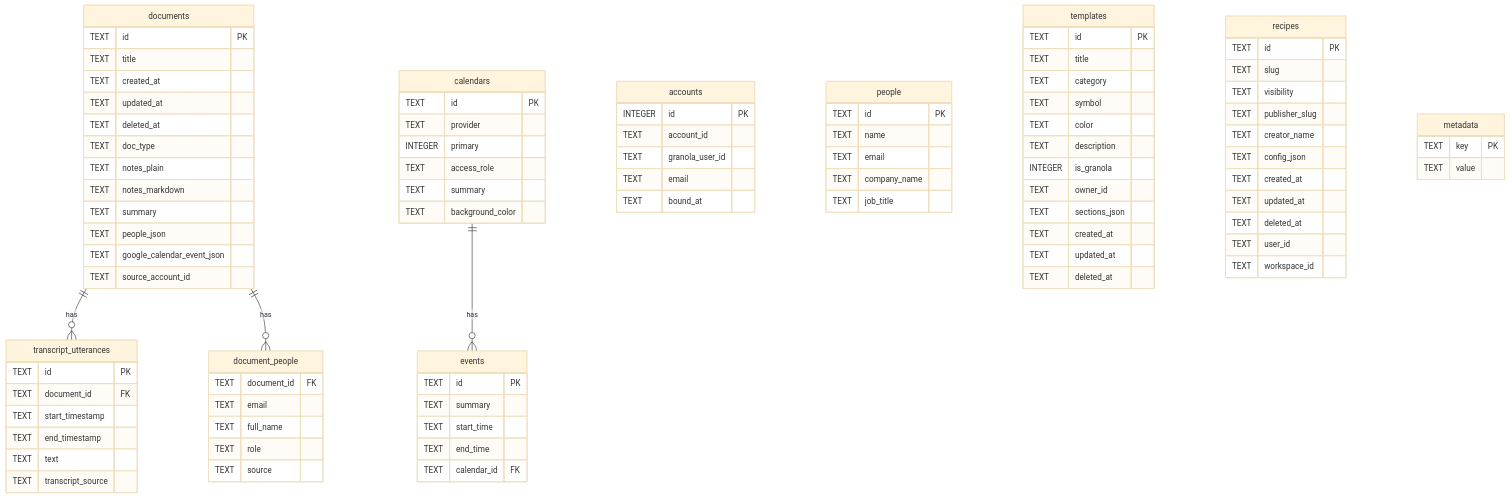
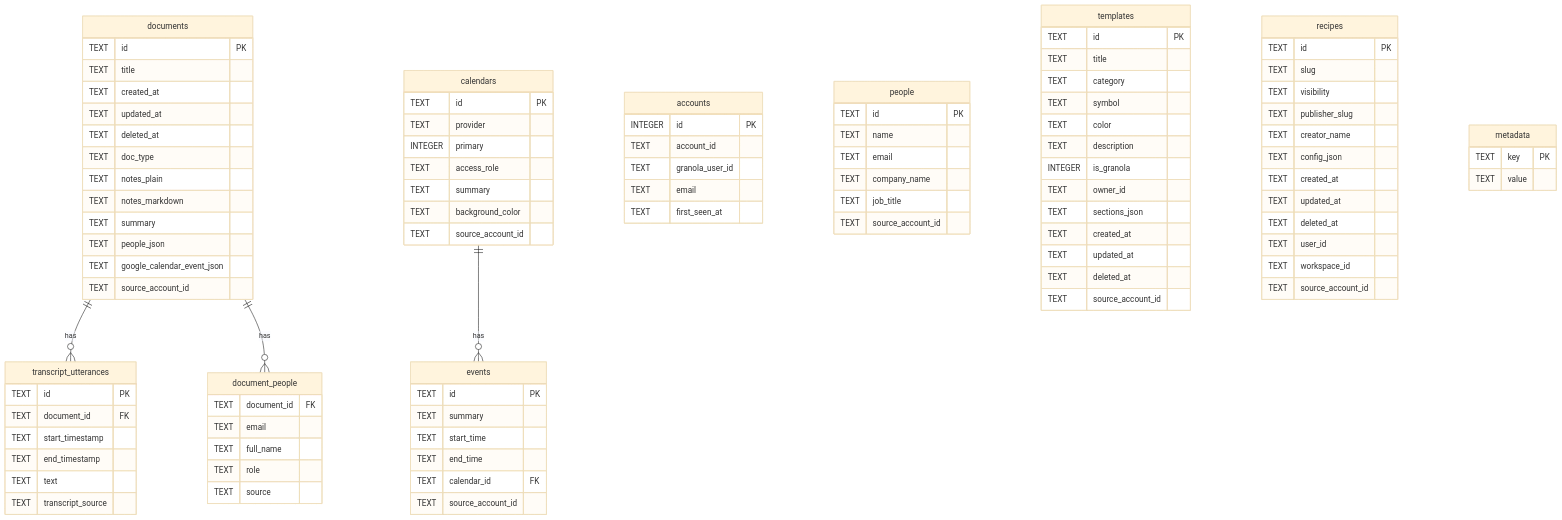
One commit to dmwyatt/granz changed the first of 2 diagrams in docs/database-schema.md. Above: the diagram before and after it, drawn with Mermaid (base theme). The commit also changed other lines of this file and 1 other file, not shown here.

```diff
--- a/docs/database-schema.md
+++ b/docs/database-schema.md
@@ -36,7 +36,7 @@
         TEXT account_id
         TEXT granola_user_id
         TEXT email
-        TEXT bound_at
+        TEXT first_seen_at
     }
 
     transcript_utterances {
@@ -62,6 +62,7 @@
         TEXT email
         TEXT company_name
         TEXT job_title
+        TEXT source_account_id
     }
 
     calendars {
@@ -71,6 +72,7 @@
         TEXT access_role
         TEXT summary
         TEXT background_color
+        TEXT source_account_id
     }
 
     events {
@@ -79,6 +81,7 @@
         TEXT start_time
         TEXT end_time
         TEXT calendar_id FK
+        TEXT source_account_id
     }
 
     templates {
@@ -94,6 +97,7 @@
         TEXT created_at
         TEXT updated_at
         TEXT deleted_at
+        TEXT source_account_id
     }
 
     recipes {
@@ -108,6 +112,7 @@
         TEXT deleted_at
         TEXT user_id
         TEXT workspace_id
+        TEXT source_account_id
     }
 
     metadata {
```
